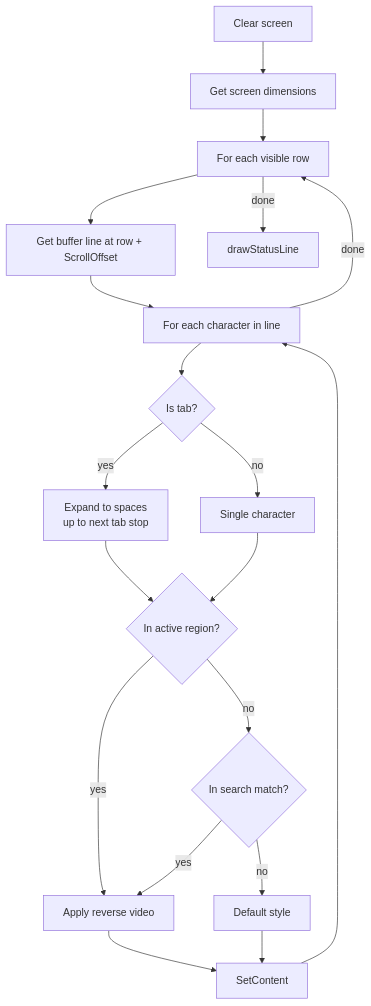
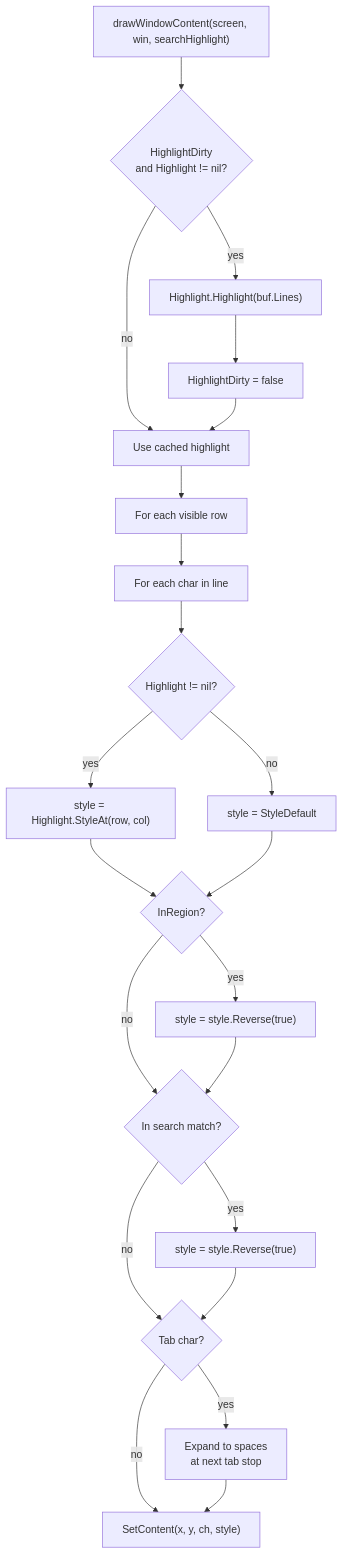
Before and after one commit to ryogrid/gomacs: the tenth of 11 diagrams in impl_docs/event-loop.md, drawn with Mermaid. The commit also changed other lines of this file and 4 other files, not shown here.

````diff
--- a/impl_docs/event-loop.md
+++ b/impl_docs/event-loop.md
@@ -185,21 +338,25 @@
 ```mermaid
 flowchart TD
-    A[Clear screen] --> B[Get screen dimensions]
-    B --> C[For each visible row]
-    C --> D[Get buffer line at row + ScrollOffset]
-    D --> E[For each character in line]
-    E --> F{Is tab?}
-    F -->|yes| G[Expand to spaces<br/>up to next tab stop]
-    F -->|no| H[Single character]
-    G --> I{In active region?}
-    H --> I
-    I -->|yes| J[Apply reverse video]
-    I -->|no| K{In search match?}
-    K -->|yes| J
-    K -->|no| L[Default style]
-    J --> M[SetContent]
+    A["drawWindowContent(screen, win, searchHighlight)"] --> B{"HighlightDirty<br/>and Highlight != nil?"}
+    B -->|yes| C["Highlight.Highlight(buf.Lines)"]
+    C --> D["HighlightDirty = false"]
+    B -->|no| E[Use cached highlight]
+    D --> E
+
+    E --> F[For each visible row]
+    F --> G[For each char in line]
+    G --> H{Highlight != nil?}
+    H -->|yes| I["style = Highlight.StyleAt(row, col)"]
+    H -->|no| J["style = StyleDefault"]
+    I --> K{InRegion?}
+    J --> K
+    K -->|yes| L["style = style.Reverse(true)"]
+    K -->|no| M{In search match?}
     L --> M
-    M --> E
-    E -->|done| C
-    C -->|done| N[drawStatusLine]
+    M -->|yes| N["style = style.Reverse(true)"]
+    M -->|no| O{Tab char?}
+    N --> O
+    O -->|yes| P[Expand to spaces<br/>at next tab stop]
+    O -->|no| Q["SetContent(x, y, ch, style)"]
+    P --> Q
 ```
````
